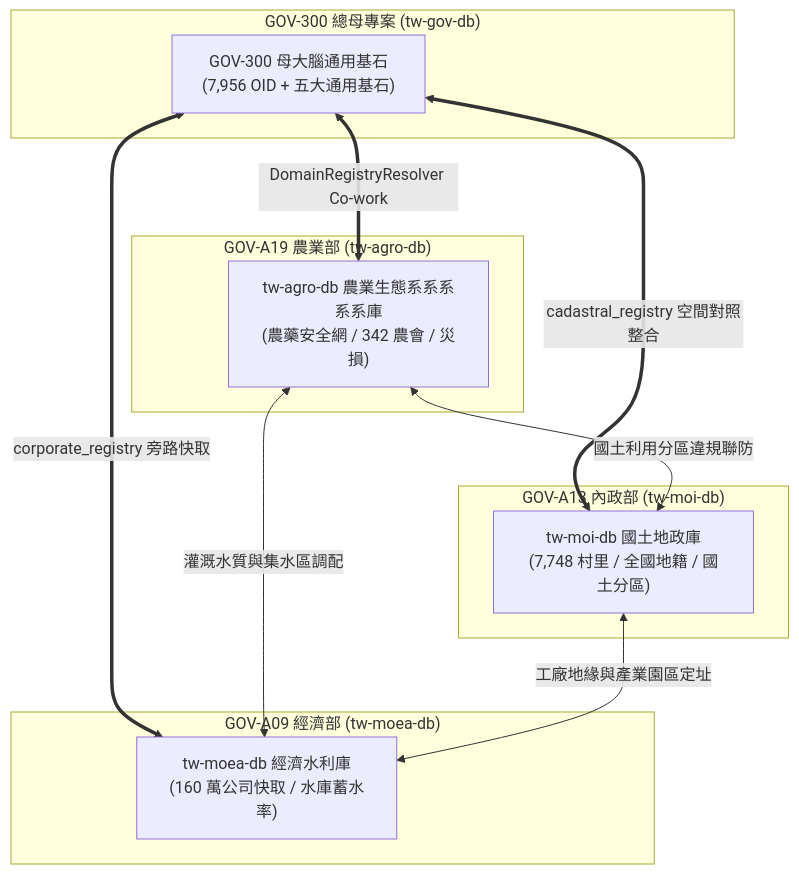
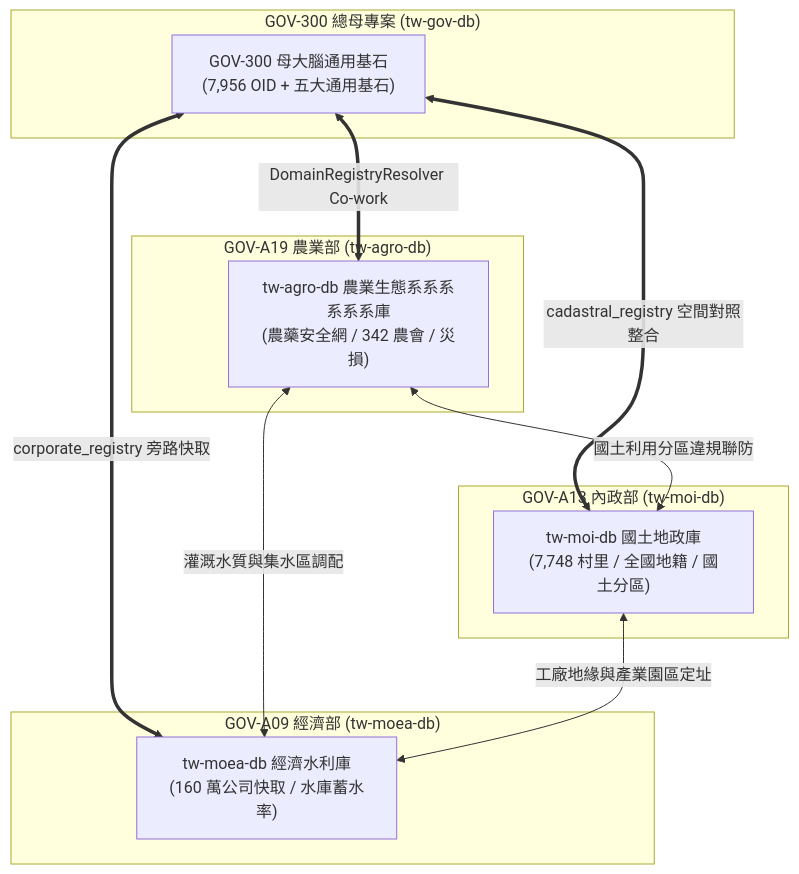
One commit to wuulong/tw-gov-db changed diagram 30 of 30 in book/FULL_BOOK_TAIWAN_GOV_DB.md. Above: the diagram before and after it, drawn with Mermaid. The commit also changed other lines of this file and 10 other files, not shown here.

````diff
--- a/book/FULL_BOOK_TAIWAN_GOV_DB.md
+++ b/book/FULL_BOOK_TAIWAN_GOV_DB.md
@@ -3973,25 +3975,25 @@
 ```mermaid
 graph TD
     subgraph Mother["GOV-300 總母專案 (tw-gov-db)"]
         G300["GOV-300 母大腦通用基石<br>(7,956 OID + 五大通用基石)"]
     end
 
     subgraph Child1["GOV-A19 農業部 (tw-agro-db)"]
-        A19["tw-agro-db 農業生態系系系系系庫<br>(農藥安全網 / 342 農會 / 災損)"]
+        A19["tw-agro-db 農業生態系系系系系系庫<br>(農藥安全網 / 342 農會 / 災損)"]
     end
 
     subgraph Child2["GOV-A13 內政部 (tw-moi-db)"]
         A13["tw-moi-db 國土地政庫<br>(7,748 村里 / 全國地籍 / 國土分區)"]
     end
 
     subgraph Child3["GOV-A09 經濟部 (tw-moea-db)"]
         A09["tw-moea-db 經濟水利庫<br>(160 萬公司快取 / 水庫蓄水率)"]
     end
 
     G300 <==>|DomainRegistryResolver Co-work| A19
     G300 <==>|cadastral_registry 空間對照整合| A13
     G300 <==>|corporate_registry 旁路快取| A09
     A19 <-->|國土利用分區違規聯防| A13
     A19 <-->|灌溉水質與集水區調配| A09
     A13 <-->|工廠地緣與產業園區定址| A09
 ```
````
